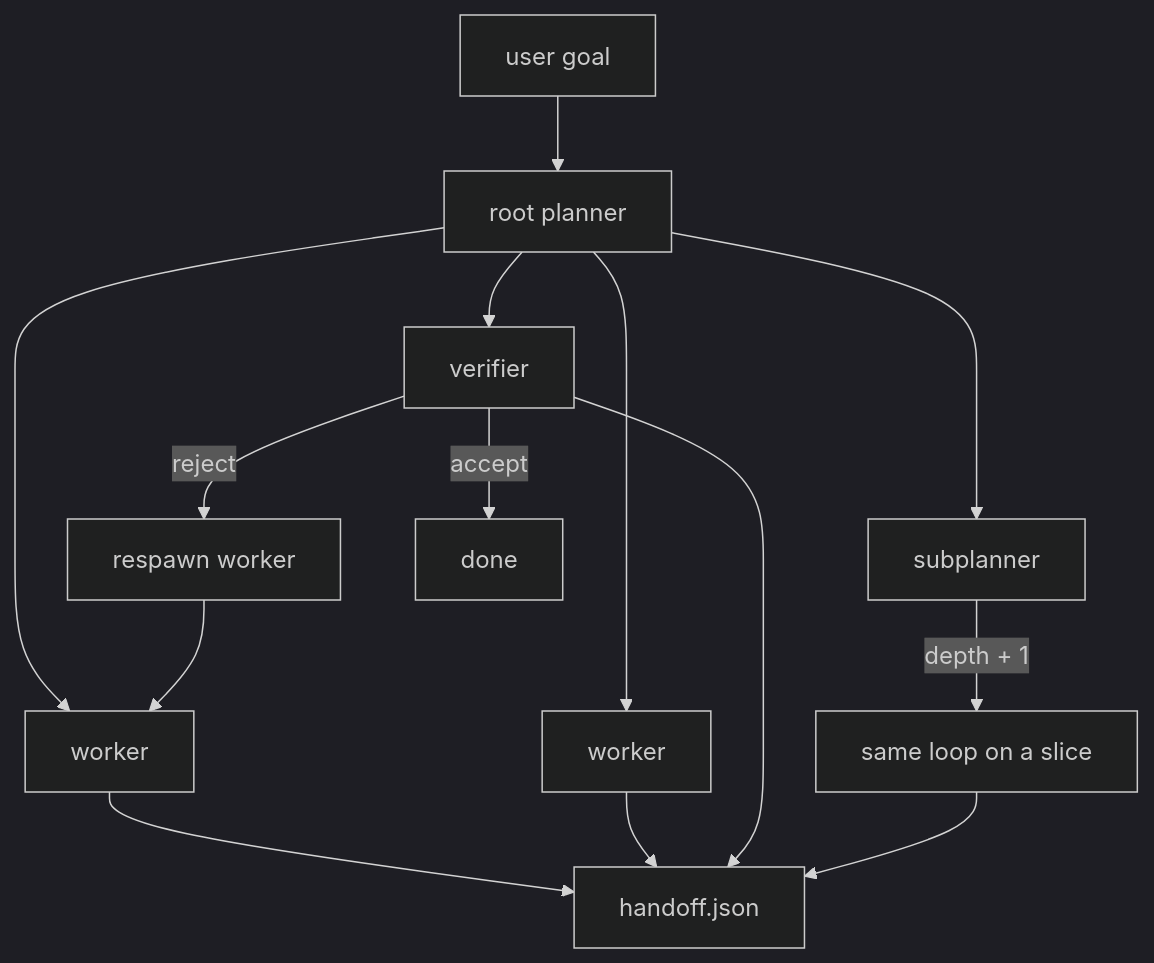
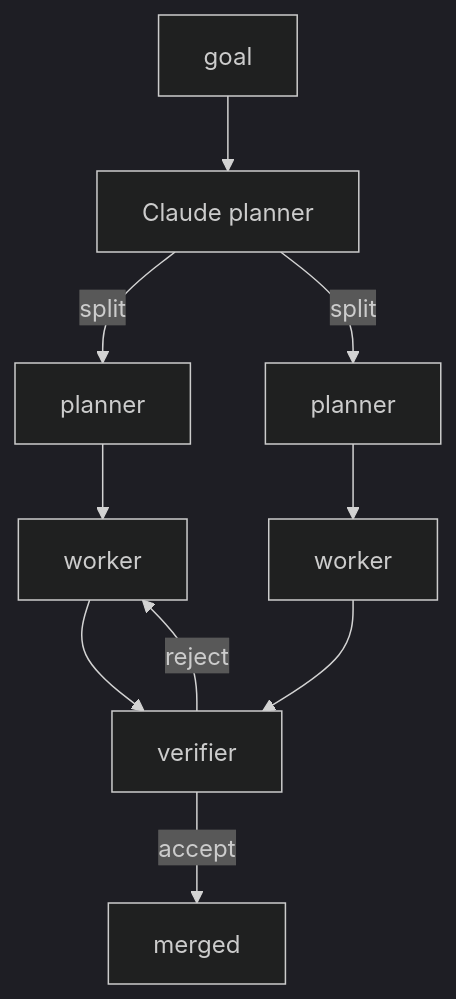
The first of 2 diagrams in README.md (ranjan2829/Alpha-throttle-test), drawn with Mermaid (dark theme) before and after one commit. The commit also changed other lines of this file and 1 other file, not shown here.

````diff
--- a/README.md
+++ b/README.md
@@ -28,16 +23,12 @@
 ```mermaid
 flowchart TD
-  G[user goal] --> P[root planner]
-  P --> W1[worker]
-  P --> W2[worker]
-  P --> V[verifier]
-  P --> S[subplanner]
-  S -->|depth + 1| P2[same loop on a slice]
-  W1 --> H[handoff.json]
-  W2 --> H
-  V --> H
-  P2 --> H
-  V -->|reject| R[respawn worker]
-  R --> W1
-  V -->|accept| D[done]
+  G[goal] --> P[Claude planner]
+  P -->|split| P2[planner]
+  P -->|split| P3[planner]
+  P2 --> W1[worker]
+  P3 --> W2[worker]
+  W1 --> V[verifier]
+  W2 --> V
+  V -->|accept| D[merged]
+  V -->|reject| W1
 ```
````
